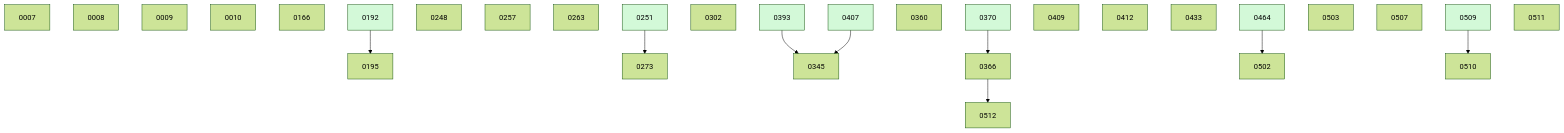
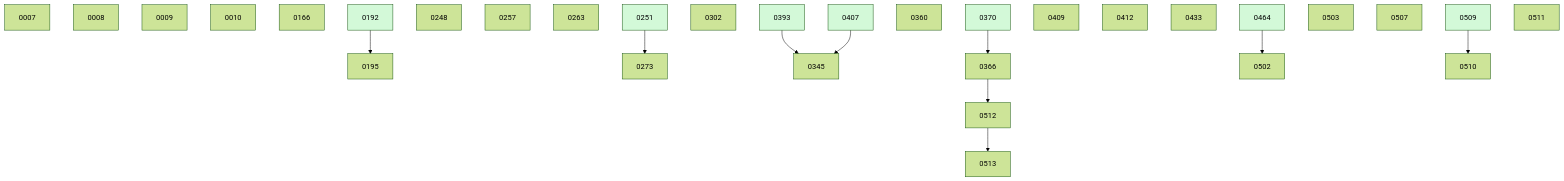
Before and after one commit to danielhanold/docket: the diagram in docs/changes/BOARD.md, drawn with Mermaid (forest theme). The commit also changed other lines of this file and 1 other file, not shown here.

````diff
--- a/docs/changes/BOARD.md
+++ b/docs/changes/BOARD.md
@@ -48,35 +49,36 @@
 ```mermaid
 graph TD
   0007
   0008
   0009
   0010
   0166
   0192 --> 0195
   0248
   0257
   0263
   0251 --> 0273
   0302
   0393 --> 0345
   0407 --> 0345
   0360
   0370 --> 0366
   0409
   0412
   0433
   0464 --> 0502
   0503
   0507
   0509 --> 0510
   0511
   0366 --> 0512
+  0512 --> 0513
   0192:::done
   0251:::done
   0370:::done
   0393:::done
   0407:::done
   0464:::done
   0509:::done
   classDef done fill:#d3f9d8;
 ```
````
